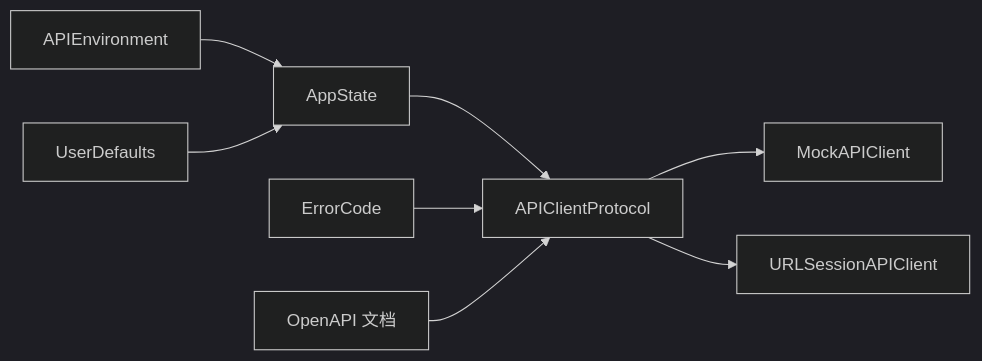
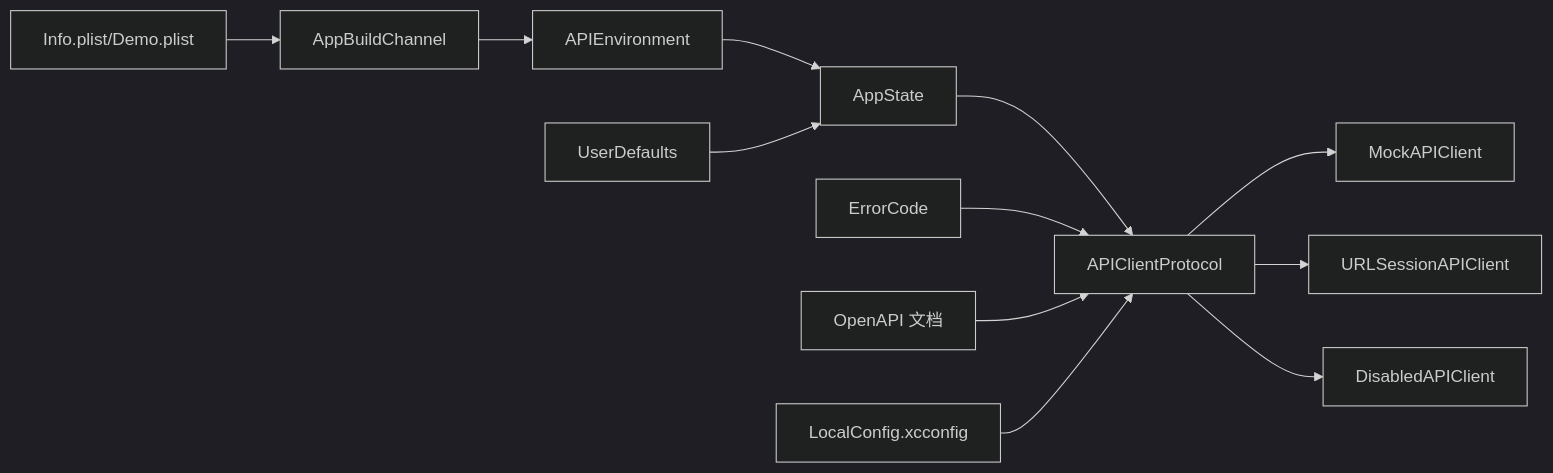
One commit to Jayden23018/blind-run-ios changed the eighth of 8 diagrams in .qoder/repowiki/zh/content/架构设计/API 环境配置.md. Above: the diagram before and after it, drawn with Mermaid (dark theme). The commit also changed other lines of this file and 20 other files, not shown here.

Commit message:
Implement demo and production iOS build channel strategy

````diff
--- a/.qoder/repowiki/zh/content/架构设计/API 环境配置.md
+++ b/.qoder/repowiki/zh/content/架构设计/API 环境配置.md
@@ -434,10 +659,14 @@
 ```mermaid
 graph LR
-ENV["APIEnvironment"] --> STATE["AppState"]
+BUILD["AppBuildChannel"] --> ENV["APIEnvironment"]
+ENV --> STATE["AppState"]
 STATE --> PROTO["APIClientProtocol"]
 PROTO --> MOCK["MockAPIClient"]
 PROTO --> URLS["URLSessionAPIClient"]
+PROTO --> DIS["DisabledAPIClient"]
 ERROR["ErrorCode"] --> PROTO
 USERDEF["UserDefaults"] --> STATE
 OPENAPI["OpenAPI 文档"] --> PROTO
+INFOPLIST["Info.plist/Demo.plist"] --> BUILD
+XCCONFIG["LocalConfig.xcconfig"] --> PROTO
 ```
````
